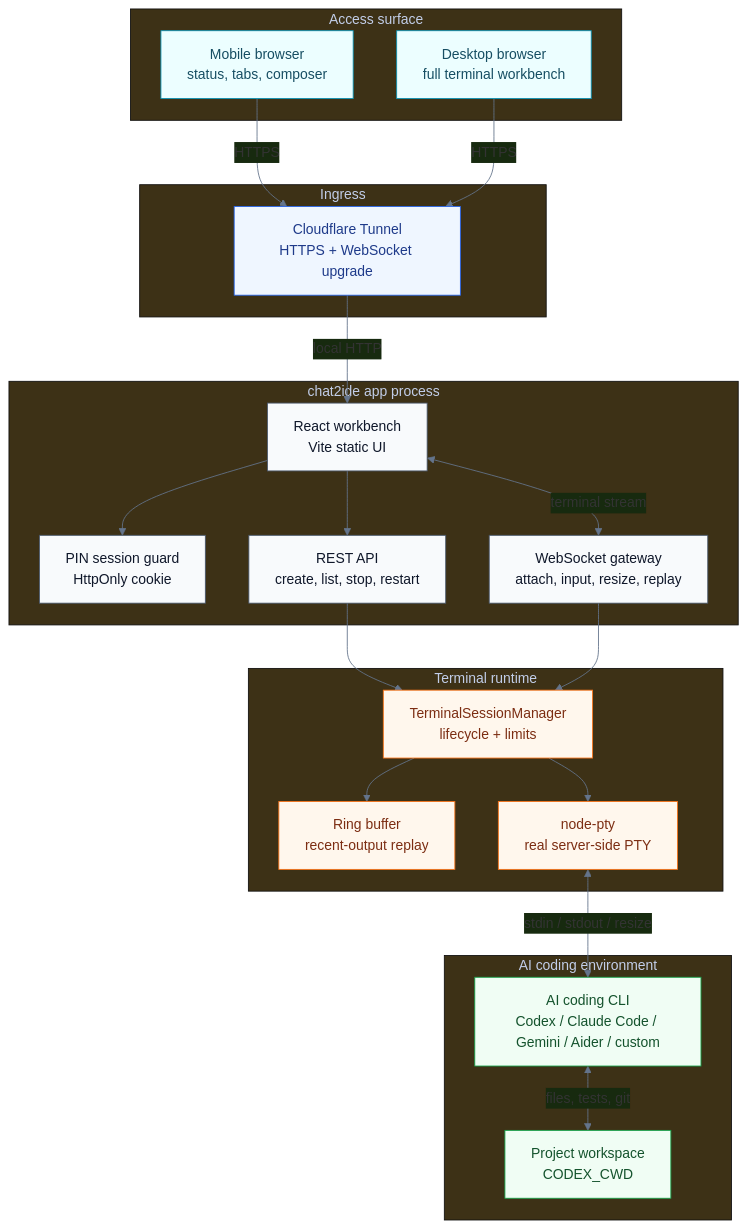
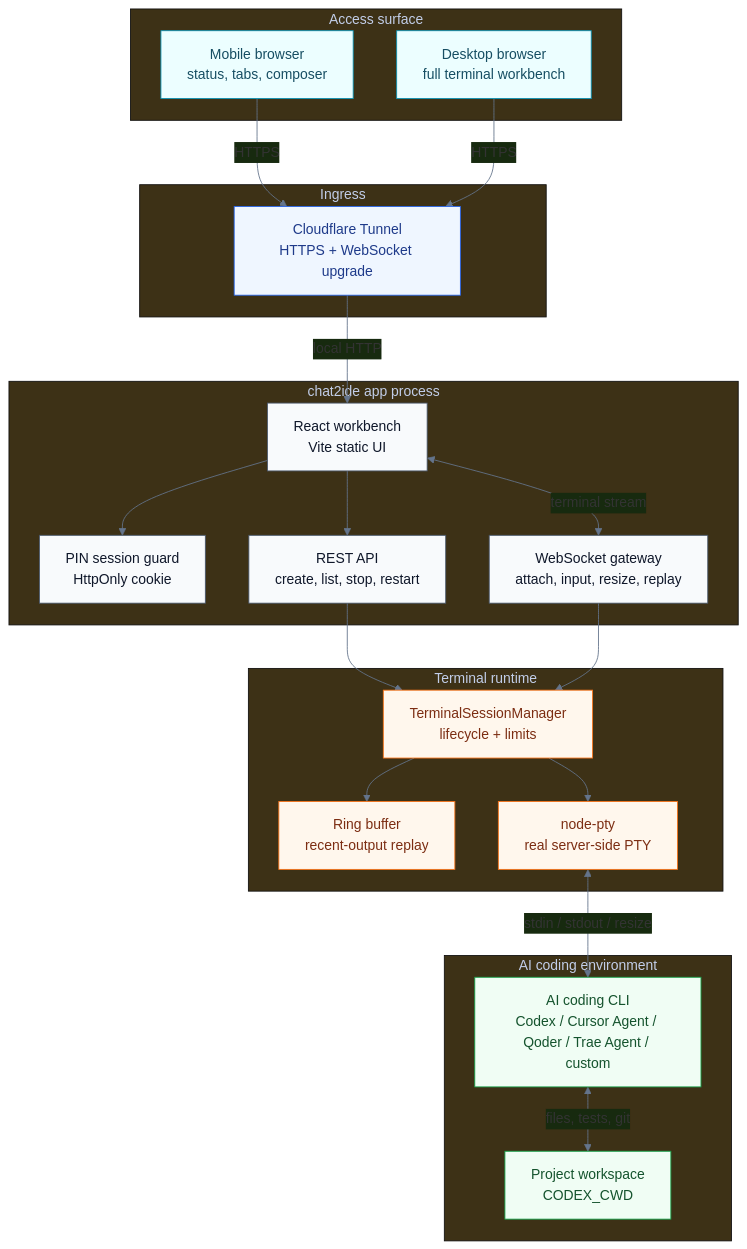
The first of 2 diagrams in README.en.md (oceanusXXD/chat2ide), drawn with Mermaid before and after one commit. The commit also changed other lines of this file and 2 other files, not shown here.

Commit message:
Document AI coding platform integrations

````diff
--- a/README.en.md
+++ b/README.en.md
@@ -54,54 +106,54 @@
 ```mermaid
 %%{init: {"theme": "base", "themeVariables": {"fontFamily": "Inter, ui-sans-serif, system-ui", "primaryColor": "#0f172a", "lineColor": "#64748b"}}}%%
 flowchart TB
   subgraph Surface["Access surface"]
     Mobile["Mobile browser<br/>status, tabs, composer"]
     Desktop["Desktop browser<br/>full terminal workbench"]
   end
 
   subgraph Ingress["Ingress"]
     Tunnel["Cloudflare Tunnel<br/>HTTPS + WebSocket upgrade"]
   end
 
   subgraph App["chat2ide app process"]
     UI["React workbench<br/>Vite static UI"]
     Auth["PIN session guard<br/>HttpOnly cookie"]
     API["REST API<br/>create, list, stop, restart"]
     WSGW["WebSocket gateway<br/>attach, input, resize, replay"]
   end
 
   subgraph Runtime["Terminal runtime"]
     Manager["TerminalSessionManager<br/>lifecycle + limits"]
     Buffer["Ring buffer<br/>recent-output replay"]
     PTY["node-pty<br/>real server-side PTY"]
   end
 
   subgraph Coding["AI coding environment"]
-    CLI["AI coding CLI<br/>Codex / Claude Code / Gemini / Aider / custom"]
+    CLI["AI coding CLI<br/>Codex / Cursor Agent / Qoder / Trae Agent / custom"]
     Repo["Project workspace<br/>CODEX_CWD"]
   end
 
   Mobile -->|HTTPS| Tunnel
   Desktop -->|HTTPS| Tunnel
   Tunnel -->|local HTTP| UI
   UI --> Auth
   UI --> API
   UI <-->|terminal stream| WSGW
   API --> Manager
   WSGW --> Manager
   Manager --> Buffer
   Manager --> PTY
   PTY <-->|stdin / stdout / resize| CLI
   CLI <-->|files, tests, git| Repo
 
   classDef surface fill:#ecfeff,stroke:#0891b2,color:#164e63
   classDef ingress fill:#eff6ff,stroke:#2563eb,color:#1e3a8a
   classDef app fill:#f8fafc,stroke:#475569,color:#0f172a
   classDef runtime fill:#fff7ed,stroke:#f97316,color:#7c2d12
   classDef coding fill:#f0fdf4,stroke:#16a34a,color:#14532d
   class Mobile,Desktop surface
   class Tunnel ingress
   class UI,Auth,API,WSGW app
   class Manager,Buffer,PTY runtime
   class CLI,Repo coding
 ```
````
